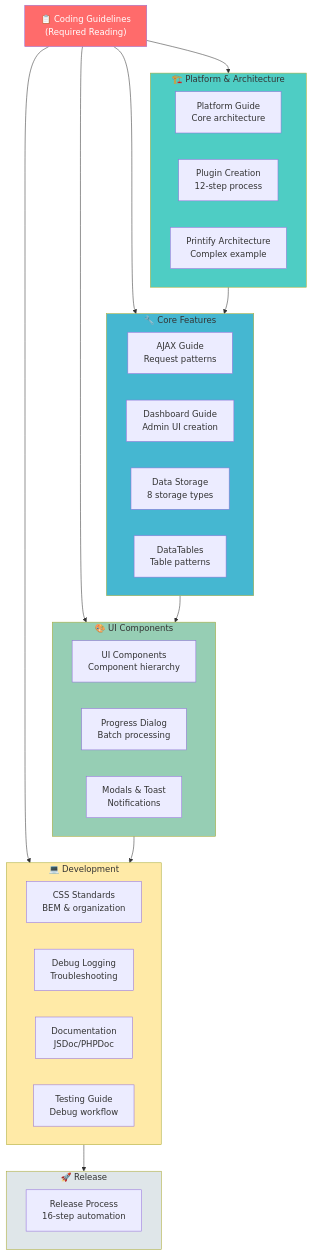
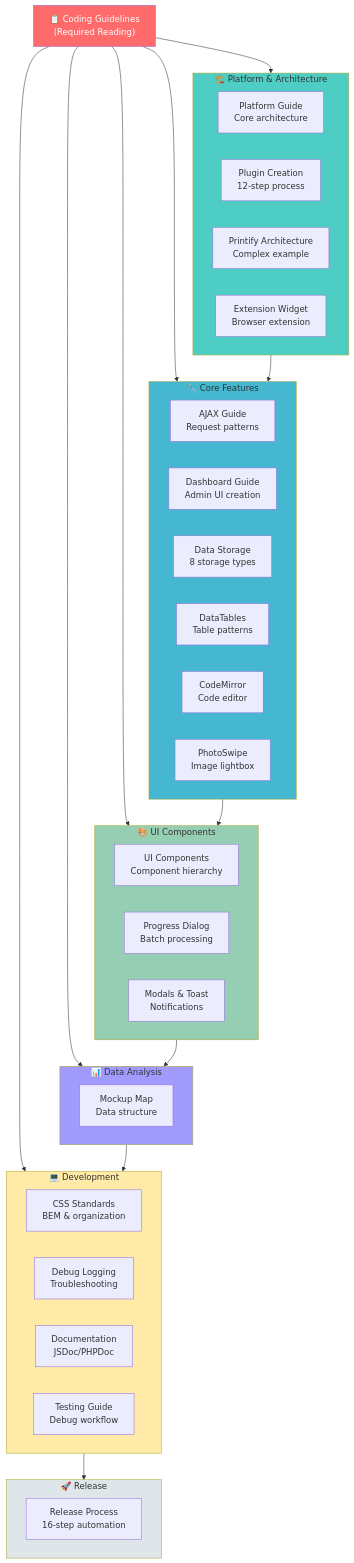
The diagram in index.md (tdemelle-SiP/.claude), drawn with Mermaid before and after one commit. The commit also changed other lines of this file, not shown here.

Commit message:
added the 4 missing files to the documentation   map:
  1. sip-printify-manager-extension-widget.md -
  Added to "Platform & Architecture" section as it
  documents the browser extension component
  2. sip-feature-codemirror.md - Added to "Core
  Features" section as it's a code editor
  integration feature
  3. sip-feature-photoswipe.md - Added to "Core
  Features" section as it's an image lightbox
  feature
  4. mockup-map-analysis.md - Created a new "Data
  Analysis" section for this specialized data
  structure documentation

  The documentation map now includes:
  - 19 total guideline files (all files in the
  guidelines directory)
  - 6 main categories: Platform & Architecture,
  Core Features, UI Components, Data Analysis,
  Development Standards, and Release Process
  - Both ASCII and Mermaid visual representations
  properly updated

  All documentation files are now properly
  categorized and accessible through the main
  documentation map, making it easier for
  developers to find the specific guidance they
  need.

````diff
--- a/index.md
+++ b/index.md
@@ -74,51 +80,61 @@
 ```mermaid
 graph TD
     Guidelines["📋 Coding Guidelines<br/>(Required Reading)"]
     
     subgraph Platform["🏗️ Platform & Architecture"]
         PlatformGuide["Platform Guide<br/>Core architecture"]
         Creation["Plugin Creation<br/>12-step process"]
         PrintifyArch["Printify Architecture<br/>Complex example"]
+        Extension["Extension Widget<br/>Browser extension"]
     end
     
     subgraph Features["🔧 Core Features"]
         Ajax["AJAX Guide<br/>Request patterns"]
         Dashboards["Dashboard Guide<br/>Admin UI creation"]
         Storage["Data Storage<br/>8 storage types"]
         DataTables["DataTables<br/>Table patterns"]
+        CodeMirror["CodeMirror<br/>Code editor"]
+        PhotoSwipe["PhotoSwipe<br/>Image lightbox"]
     end
     
     subgraph UI["🎨 UI Components"]
         Components["UI Components<br/>Component hierarchy"]
         Progress["Progress Dialog<br/>Batch processing"]
         Modals["Modals & Toast<br/>Notifications"]
+    end
+    
+    subgraph Data["📊 Data Analysis"]
+        MockupMap["Mockup Map<br/>Data structure"]
     end
     
     subgraph Dev["💻 Development"]
         CSS["CSS Standards<br/>BEM & organization"]
         Debug["Debug Logging<br/>Troubleshooting"]
         Docs["Documentation<br/>JSDoc/PHPDoc"]
         Testing["Testing Guide<br/>Debug workflow"]
     end
     
     subgraph Release["🚀 Release"]
         ReleaseMgmt["Release Process<br/>16-step automation"]
     end
     
     Guidelines --> Platform
     Guidelines --> Features
     Guidelines --> UI
+    Guidelines --> Data
     Guidelines --> Dev
     
     Platform --> Features
     Features --> UI
-    UI --> Dev
+    UI --> Data
+    Data --> Dev
     Dev --> Release
     
     style Guidelines fill:#ff6b6b,color:#fff
     style Platform fill:#4ecdc4
     style Features fill:#45b7d1
     style UI fill:#96ceb4
+    style Data fill:#a29bfe
     style Dev fill:#ffeaa7
     style Release fill:#dfe6e9
 ```
````
